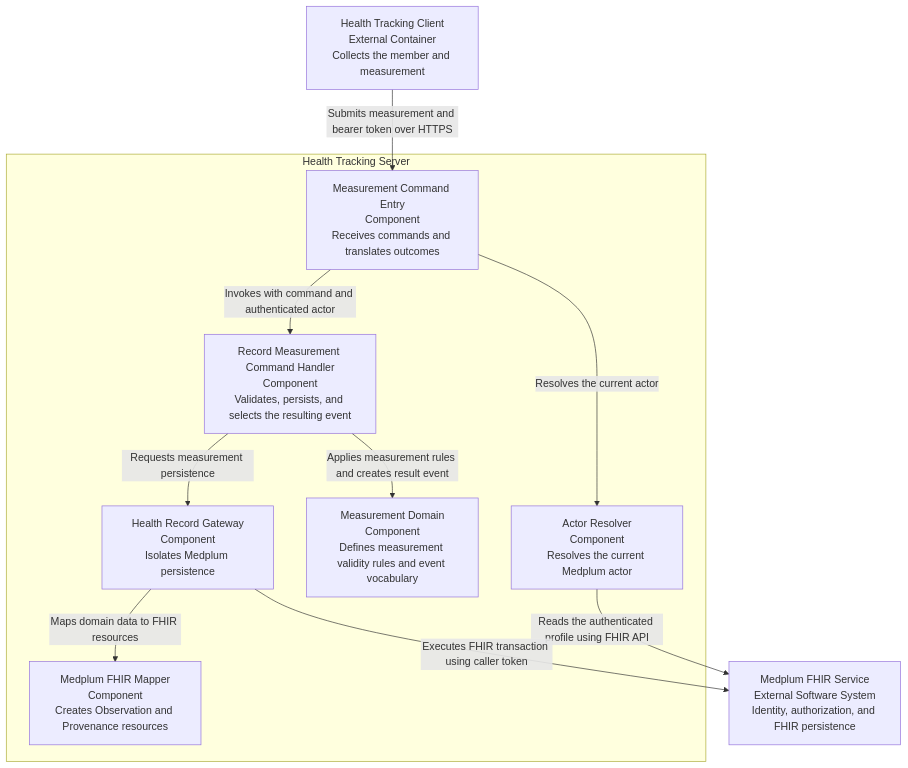
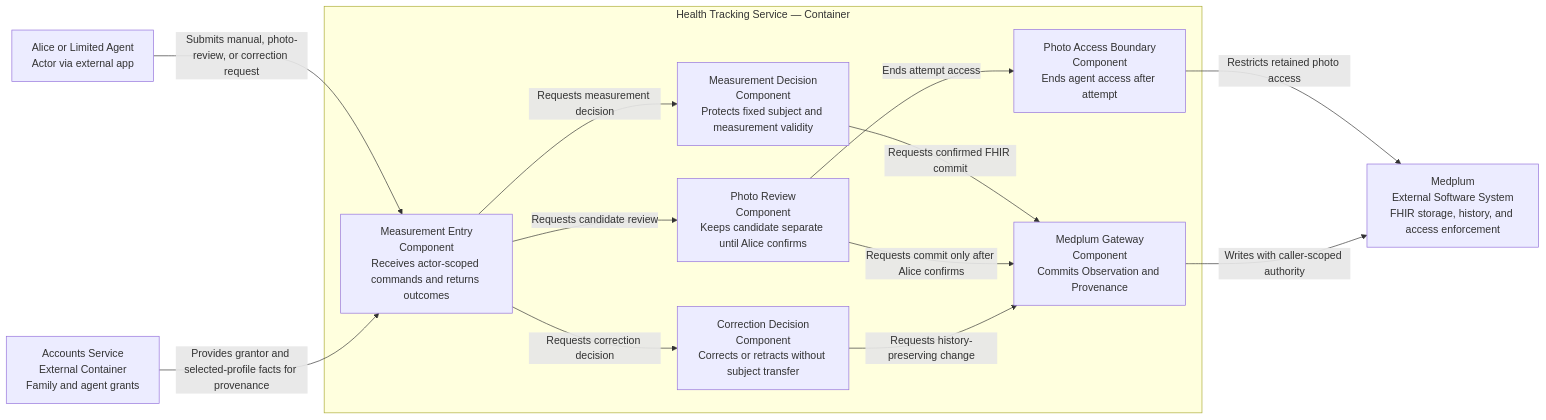
One commit to ragavsathish/medplum changed the first of 2 diagrams in dhf/documents/design/health_tracking.md. Above: the diagram before and after it, drawn with Mermaid. The commit also changed other lines of this file and 6 other files, not shown here.

````diff
--- a/dhf/documents/design/health_tracking.md
+++ b/dhf/documents/design/health_tracking.md
@@ -90,23 +85,27 @@
 ```mermaid
-flowchart TB
-    client["Health Tracking Client<br/>External Container<br/>Collects the member and measurement"]
-    medplum["Medplum FHIR Service<br/>External Software System<br/>Identity, authorization, and FHIR persistence"]
+flowchart LR
+    caller["Alice or Limited Agent<br/>Actor via external app"]
+    medplum["Medplum<br/>External Software System<br/>FHIR storage, history, and access enforcement"]
+    accounts["Accounts Service<br/>External Container<br/>Family and agent grants"]
 
-    subgraph server["Health Tracking Server"]
-        http["Measurement Command Entry<br/>Component<br/>Receives commands and translates outcomes"]
-        identity["Actor Resolver<br/>Component<br/>Resolves the current Medplum actor"]
-        application["Record Measurement Command Handler<br/>Component<br/>Validates, persists, and selects the resulting event"]
-        domain["Measurement Domain<br/>Component<br/>Defines measurement validity rules and event vocabulary"]
-        repository["Health Record Gateway<br/>Component<br/>Isolates Medplum persistence"]
-        mapper["Medplum FHIR Mapper<br/>Component<br/>Creates Observation and Provenance resources"]
+    subgraph tracking["Health Tracking Service — Container"]
+        entry["Measurement Entry<br/>Component<br/>Receives actor-scoped commands and returns outcomes"]
+        decision["Measurement Decision<br/>Component<br/>Protects fixed subject and measurement validity"]
+        photo["Photo Review<br/>Component<br/>Keeps candidate separate until Alice confirms"]
+        correction["Correction Decision<br/>Component<br/>Corrects or retracts without subject transfer"]
+        evidence["Photo Access Boundary<br/>Component<br/>Ends agent access after attempt"]
+        fhir["Medplum Gateway<br/>Component<br/>Commits Observation and Provenance"]
     end
 
-    client -->|"Submits measurement and bearer token over HTTPS"| http
-    http -->|"Resolves the current actor"| identity
-    identity -->|"Reads the authenticated profile using FHIR API"| medplum
-    http -->|"Invokes with command and authenticated actor"| application
-    application -->|"Applies measurement rules and creates result event"| domain
-    application -->|"Requests measurement persistence"| repository
-    repository -->|"Maps domain data to FHIR resources"| mapper
-    repository -->|"Executes FHIR transaction using caller token"| medplum
+    caller -->|"Submits manual, photo-review, or correction request"| entry
+    accounts -->|"Provides grantor and selected-profile facts for provenance"| entry
+    entry -->|"Requests measurement decision"| decision
+    entry -->|"Requests candidate review"| photo
+    entry -->|"Requests correction decision"| correction
+    photo -->|"Ends attempt access"| evidence
+    decision -->|"Requests confirmed FHIR commit"| fhir
+    photo -->|"Requests commit only after Alice confirms"| fhir
+    correction -->|"Requests history-preserving change"| fhir
+    evidence -->|"Restricts retained photo access"| medplum
+    fhir -->|"Writes with caller-scoped authority"| medplum
 ```
````
